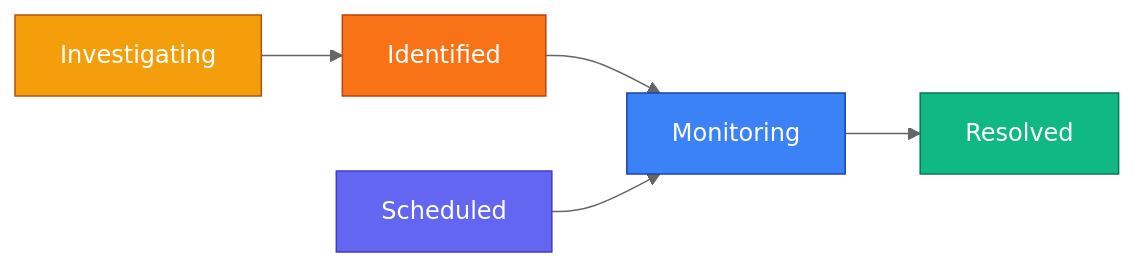
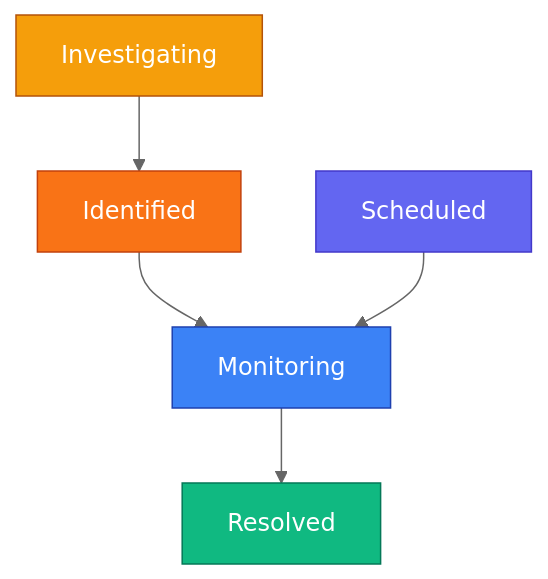
One commit to supercheck-io/supercheck changed the diagram in docs/content/docs/app/communicate/status-pages.mdx. Above: the diagram before and after it, drawn with Mermaid (neutral theme). The commit also changed other lines of this file and 36 other files, not shown here.

````diff
--- a/docs/content/docs/app/communicate/status-pages.mdx
+++ b/docs/content/docs/app/communicate/status-pages.mdx
@@ -282,13 +284,13 @@
 ```mermaid
-flowchart LR
+flowchart TB
     A[Investigating] --> B[Identified]
     B --> C[Monitoring]
     C --> D[Resolved]
     S[Scheduled] --> C
 
     style A fill:#f59e0b,stroke:#b45309,color:#fff
     style B fill:#f97316,stroke:#c2410c,color:#fff
     style C fill:#3b82f6,stroke:#1e40af,color:#fff
     style D fill:#10b981,stroke:#047857,color:#fff
     style S fill:#6366f1,stroke:#4338ca,color:#fff
 ```
````
